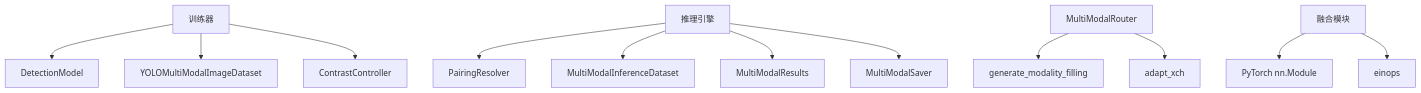
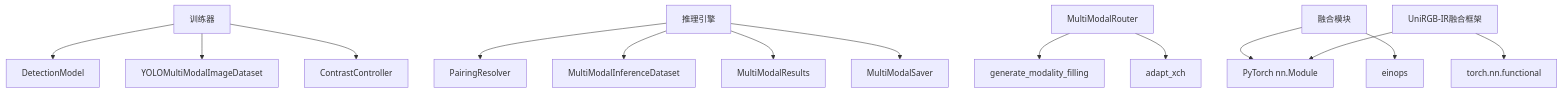
One commit to 2208754827/MM-IMPROVE changed the third of 3 diagrams in .qoder/repowiki/zh/content/特征融合策略/特征融合策略.md. Above: the diagram before and after it, drawn with Mermaid. The commit also changed other lines of this file and 202 other files, not shown here.

````diff
--- a/.qoder/repowiki/zh/content/特征融合策略/特征融合策略.md
+++ b/.qoder/repowiki/zh/content/特征融合策略/特征融合策略.md
@@ -215,14 +271,16 @@
 ```mermaid
 graph TB
 Train["训练器"] --> DetModel["DetectionModel"]
 Train --> DS["YOLOMultiModalImageDataset"]
 Train --> Contrast["ContrastController"]
 Pred["推理引擎"] --> Pairing["PairingResolver"]
 Pred --> InferenceDS["MultiModalInferenceDataset"]
 Pred --> Results["MultiModalResults"]
 Pred --> Saver["MultiModalSaver"]
 Router["MultiModalRouter"] --> Fill["generate_modality_filling"]
 Router --> Adapt["adapt_xch"]
 Fusion["融合模块"] --> PT["PyTorch nn.Module"]
 Fusion --> Einops["einops"]
+UniRGBIR["UniRGB-IR融合框架"] --> PT
+UniRGBIR --> F["torch.nn.functional"]
 ```
````
